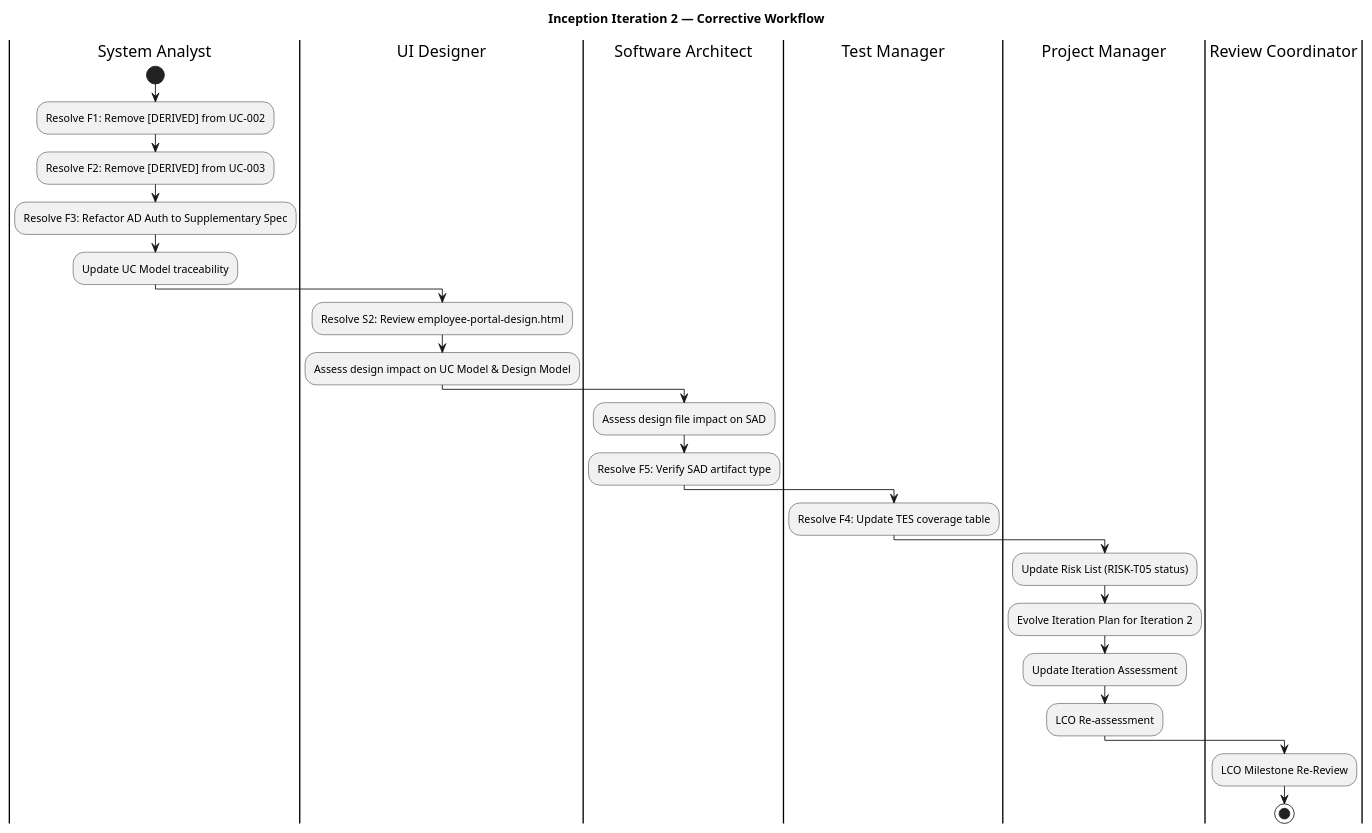
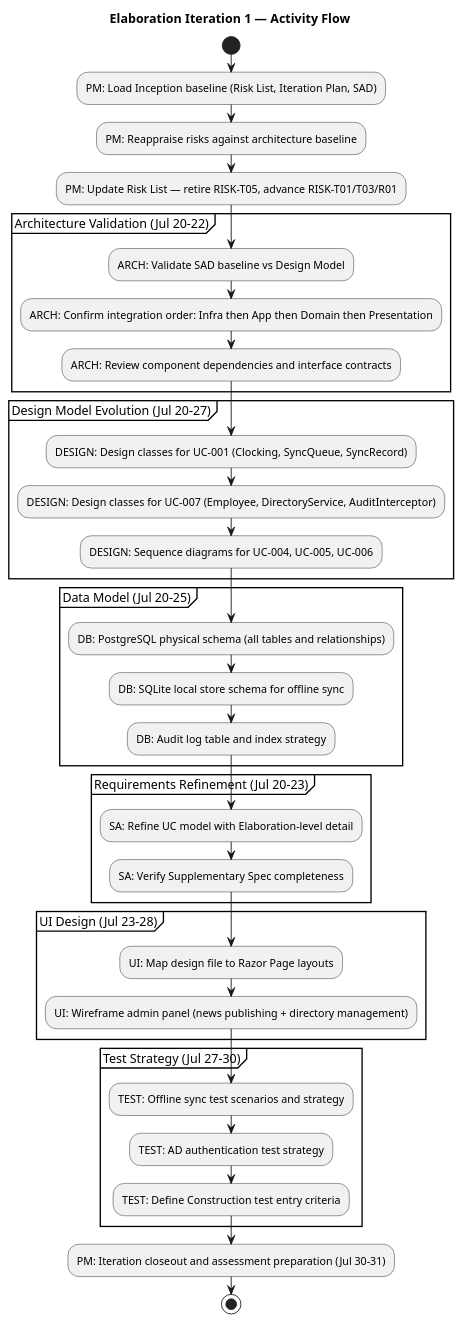
The second of 2 diagrams in docs/artifacts/project-management/iteration-plan.md (banense-test/demo-janke-lab), drawn with PlantUML before and after one commit. The commit also changed other lines of this file, not shown here.

First line of the commit message:
Project Manager [E1]: upsert Iteration Plan

````diff
--- a/docs/artifacts/project-management/iteration-plan.md
+++ b/docs/artifacts/project-management/iteration-plan.md
@@ -73,33 +145,47 @@
 ```plantuml
 @startuml
-title Inception Iteration 2 — Corrective Workflow
+title Elaboration Iteration 1 — Activity Flow
 
-|System Analyst|
 start
-:Resolve F1: Remove [DERIVED] from UC-002;
-:Resolve F2: Remove [DERIVED] from UC-003;
-:Resolve F3: Refactor AD Auth to Supplementary Spec;
-:Update UC Model traceability;
+:PM: Load Inception baseline (Risk List, Iteration Plan, SAD);
+:PM: Reappraise risks against architecture baseline;
+:PM: Update Risk List — retire RISK-T05, advance RISK-T01/T03/R01;
 
-|UI Designer|
-:Resolve S2: Review employee-portal-design.html;
-:Assess design impact on UC Model & Design Model;
+partition "Architecture Validation (Jul 20-22)" {
+  :ARCH: Validate SAD baseline vs Design Model;
+  :ARCH: Confirm integration order: Infra then App then Domain then Presentation;
+  :ARCH: Review component dependencies and interface contracts;
+}
 
-|Software Architect|
-:Assess design file impact on SAD;
-:Resolve F5: Verify SAD artifact type;
+partition "Design Model Evolution (Jul 20-27)" {
+  :DESIGN: Design classes for UC-001 (Clocking, SyncQueue, SyncRecord);
+  :DESIGN: Design classes for UC-007 (Employee, DirectoryService, AuditInterceptor);
+  :DESIGN: Sequence diagrams for UC-004, UC-005, UC-006;
+}
 
-|Test Manager|
-:Resolve F4: Update TES coverage table;
+partition "Data Model (Jul 20-25)" {
+  :DB: PostgreSQL physical schema (all tables and relationships);
+  :DB: SQLite local store schema for offline sync;
+  :DB: Audit log table and index strategy;
+}
 
-|Project Manager|
-:Update Risk List (RISK-T05 status);
-:Evolve Iteration Plan for Iteration 2;
-:Update Iteration Assessment;
-:LCO Re-assessment;
+partition "Requirements Refinement (Jul 20-23)" {
+  :SA: Refine UC model with Elaboration-level detail;
+  :SA: Verify Supplementary Spec completeness;
+}
 
-|Review Coordinator|
-:LCO Milestone Re-Review;
+partition "UI Design (Jul 23-28)" {
+  :UI: Map design file to Razor Page layouts;
+  :UI: Wireframe admin panel (news publishing + directory management);
+}
+
+partition "Test Strategy (Jul 27-30)" {
+  :TEST: Offline sync test scenarios and strategy;
+  :TEST: AD authentication test strategy;
+  :TEST: Define Construction test entry criteria;
+}
+
+:PM: Iteration closeout and assessment preparation (Jul 30-31);
 stop
 @enduml
 ```
````
